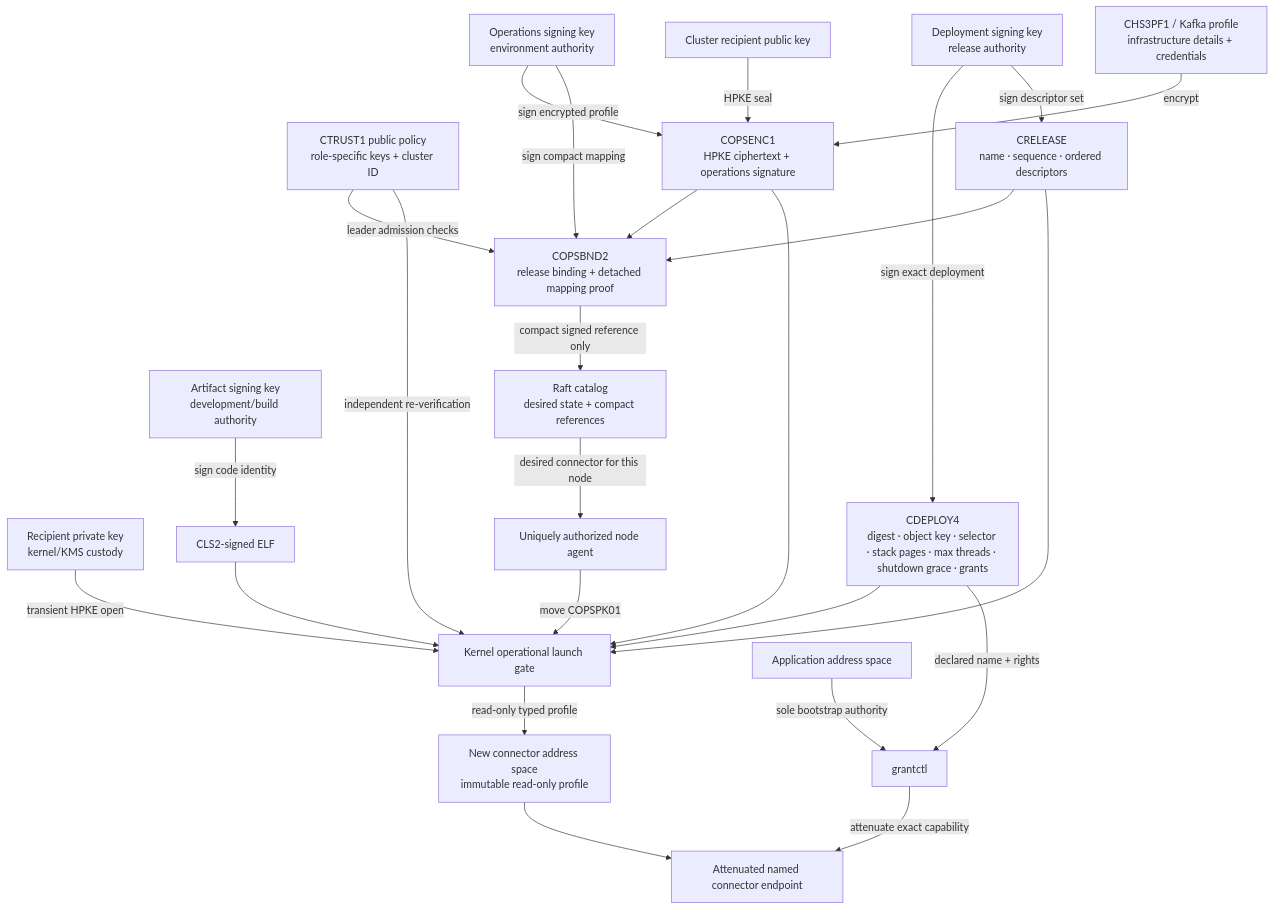
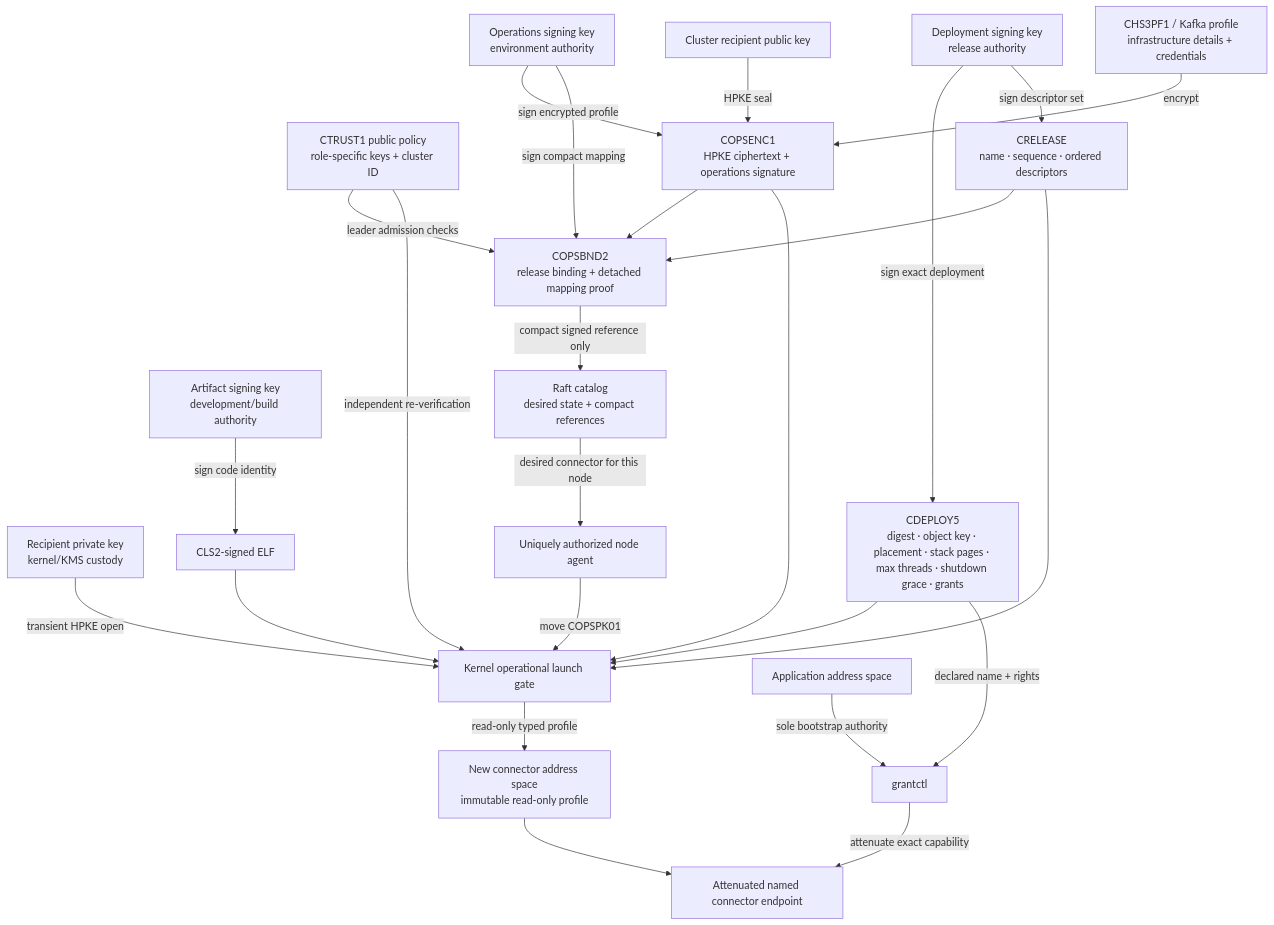
The tenth of 12 diagrams in docs/figures.md (FrodeRanders/charlotte-os), drawn with Mermaid before and after one commit. The commit also changed other lines of this file and 33 other files, not shown here.

````diff
--- a/docs/figures.md
+++ b/docs/figures.md
@@ -442,47 +442,47 @@
 ```mermaid
 flowchart TD
 AK["Artifact signing key<br/>development/build authority"]
 DK["Deployment signing key<br/>release authority"]
 OK["Operations signing key<br/>environment authority"]
 RPK["Cluster recipient public key"]
 RSK["Recipient private key<br/>kernel/KMS custody"]
 TRUST["CTRUST1 public policy<br/>role-specific keys + cluster ID"]
 ELF["CLS2-signed ELF"]
-DESC["CDEPLOY4<br/>digest · object key · selector · stack pages · max threads · shutdown grace · grants"]
+DESC["CDEPLOY5<br/>digest · object key · placement · stack pages · max threads · shutdown grace · grants"]
 REL["CRELEASE<br/>name · sequence · ordered descriptors"]
 PROFILE["CHS3PF1 / Kafka profile<br/>infrastructure details + credentials"]
 ENC["COPSENC1<br/>HPKE ciphertext + operations signature"]
 BUNDLE["COPSBND2<br/>release binding + detached mapping proof"]
 CAT["Raft catalog<br/>desired state + compact references"]
 AGENT["Uniquely authorized node agent"]
 GATE["Kernel operational launch gate"]
 CONNECTOR["New connector address space<br/>immutable read-only profile"]
 DOMAIN["Application address space"]
 GRANT["grantctl"]
 ENDPOINT["Attenuated named connector endpoint"]
 
       AK -->|"sign code identity"| ELF
       DK -->|"sign exact deployment"| DESC
       DK -->|"sign descriptor set"| REL
       RPK -->|"HPKE seal"| ENC
       OK -->|"sign encrypted profile"| ENC
       PROFILE -->|"encrypt"| ENC
       OK -->|"sign compact mapping"| BUNDLE
       REL --> BUNDLE
       ENC --> BUNDLE
       TRUST -->|"leader admission checks"| BUNDLE
       BUNDLE -->|"compact signed reference only"| CAT
       CAT -->|"desired connector for this node"| AGENT
       AGENT -->|"move COPSPK01"| GATE
       TRUST -->|"independent re-verification"| GATE
       RSK -->|"transient HPKE open"| GATE
       ELF --> GATE
       DESC --> GATE
       REL --> GATE
       ENC --> GATE
       GATE -->|"read-only typed profile"| CONNECTOR
       CONNECTOR --> ENDPOINT
       DESC -->|"declared name + rights"| GRANT
       DOMAIN -->|"sole bootstrap authority"| GRANT
       GRANT -->|"attenuate exact capability"| ENDPOINT
 ```
````
